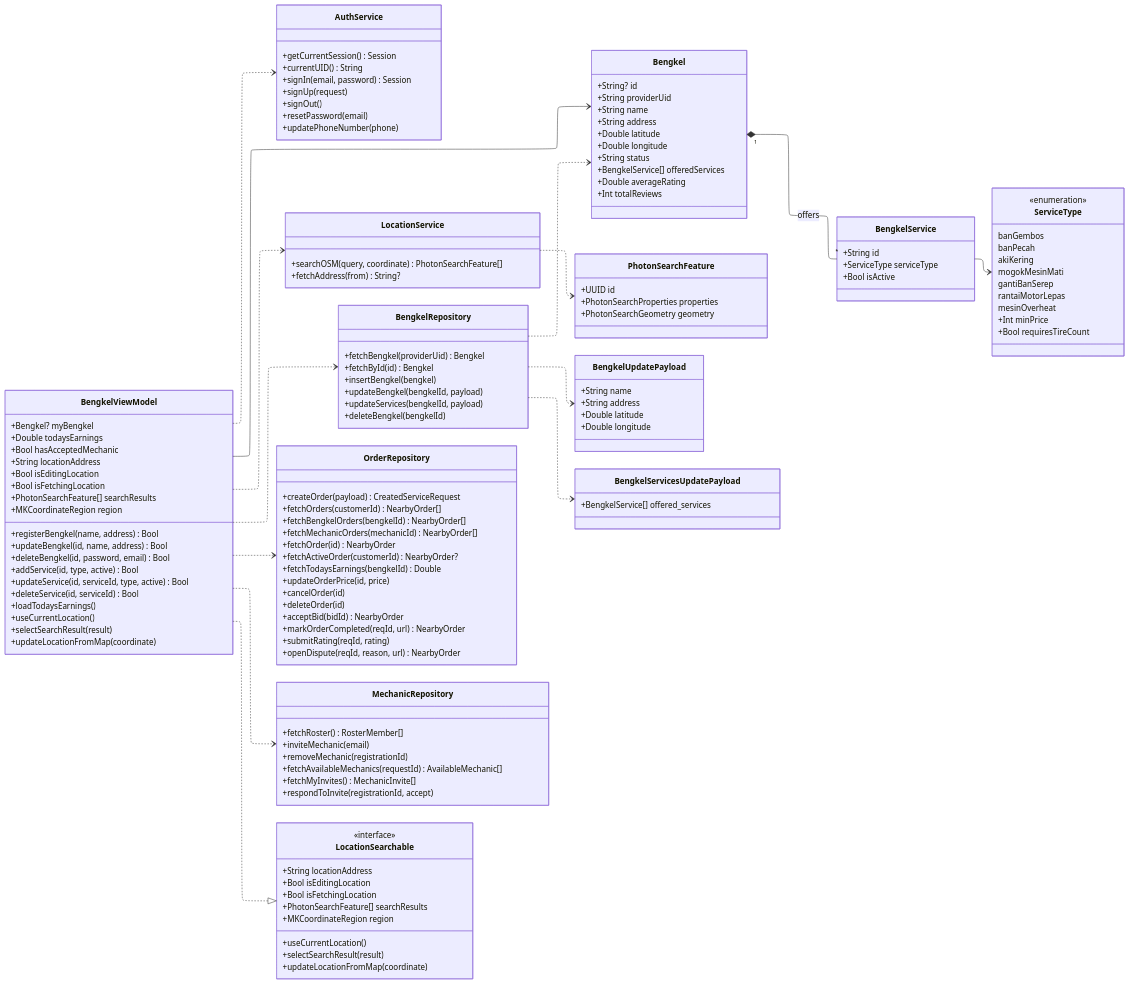
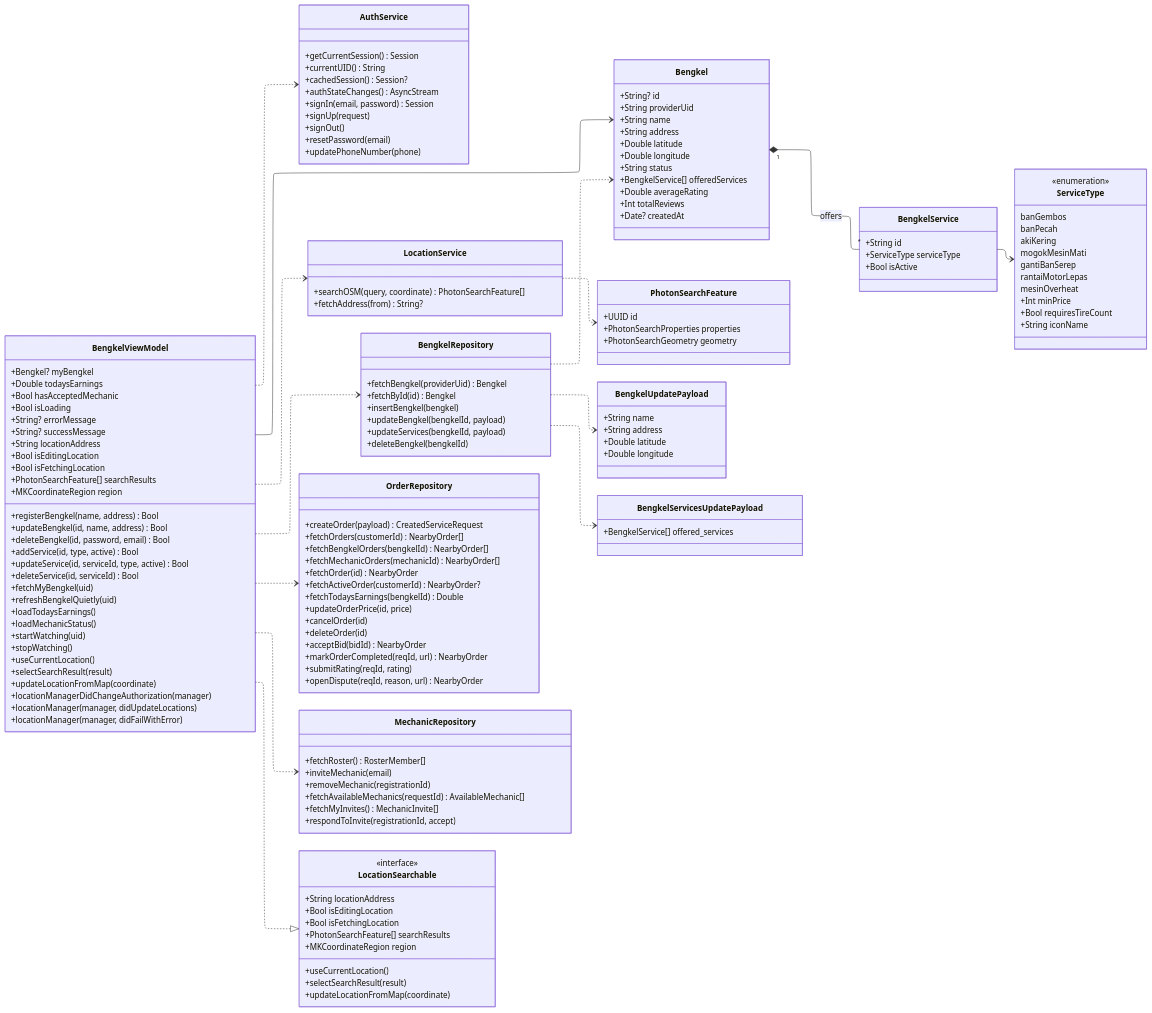
The fourth of 12 diagrams in diagram/feature-class-diagrams.md (rei-soemanto/BengkelIn_SE), drawn with Mermaid before and after one commit. The commit also changed other lines of this file and 21 other files, not shown here.

Commit message:
feature-class-diagram update

```diff
--- a/diagram/feature-class-diagrams.md
+++ b/diagram/feature-class-diagrams.md
@@ -252,6 +260,8 @@
     class AuthService {
         +getCurrentSession() Session
         +currentUID() String
+        +cachedSession() Session?
+        +authStateChanges() AsyncStream
         +signIn(email, password) Session
         +signUp(request)
         +signOut()
@@ -305,11 +315,15 @@
         +BengkelService[] offeredServices
         +Double averageRating
         +Int totalReviews
+        +Date? createdAt
     }
     class BengkelViewModel {
         +Bengkel? myBengkel
         +Double todaysEarnings
         +Bool hasAcceptedMechanic
+        +Bool isLoading
+        +String? errorMessage
+        +String? successMessage
         +String locationAddress
         +Bool isEditingLocation
         +Bool isFetchingLocation
@@ -321,10 +335,18 @@
         +addService(id, type, active) Bool
         +updateService(id, serviceId, type, active) Bool
         +deleteService(id, serviceId) Bool
+        +fetchMyBengkel(uid)
+        +refreshBengkelQuietly(uid)
         +loadTodaysEarnings()
+        +loadMechanicStatus()
+        +startWatching(uid)
+        +stopWatching()
         +useCurrentLocation()
         +selectSearchResult(result)
         +updateLocationFromMap(coordinate)
+        +locationManagerDidChangeAuthorization(manager)
+        +locationManager(manager, didUpdateLocations)
+        +locationManager(manager, didFailWithError)
     }
     class LocationSearchable {
         <<interface>>
@@ -353,6 +375,7 @@
         mesinOverheat
         +Int minPrice
         +Bool requiresTireCount
+        +String iconName
     }
     class PhotonSearchFeature {
         +UUID id
```
